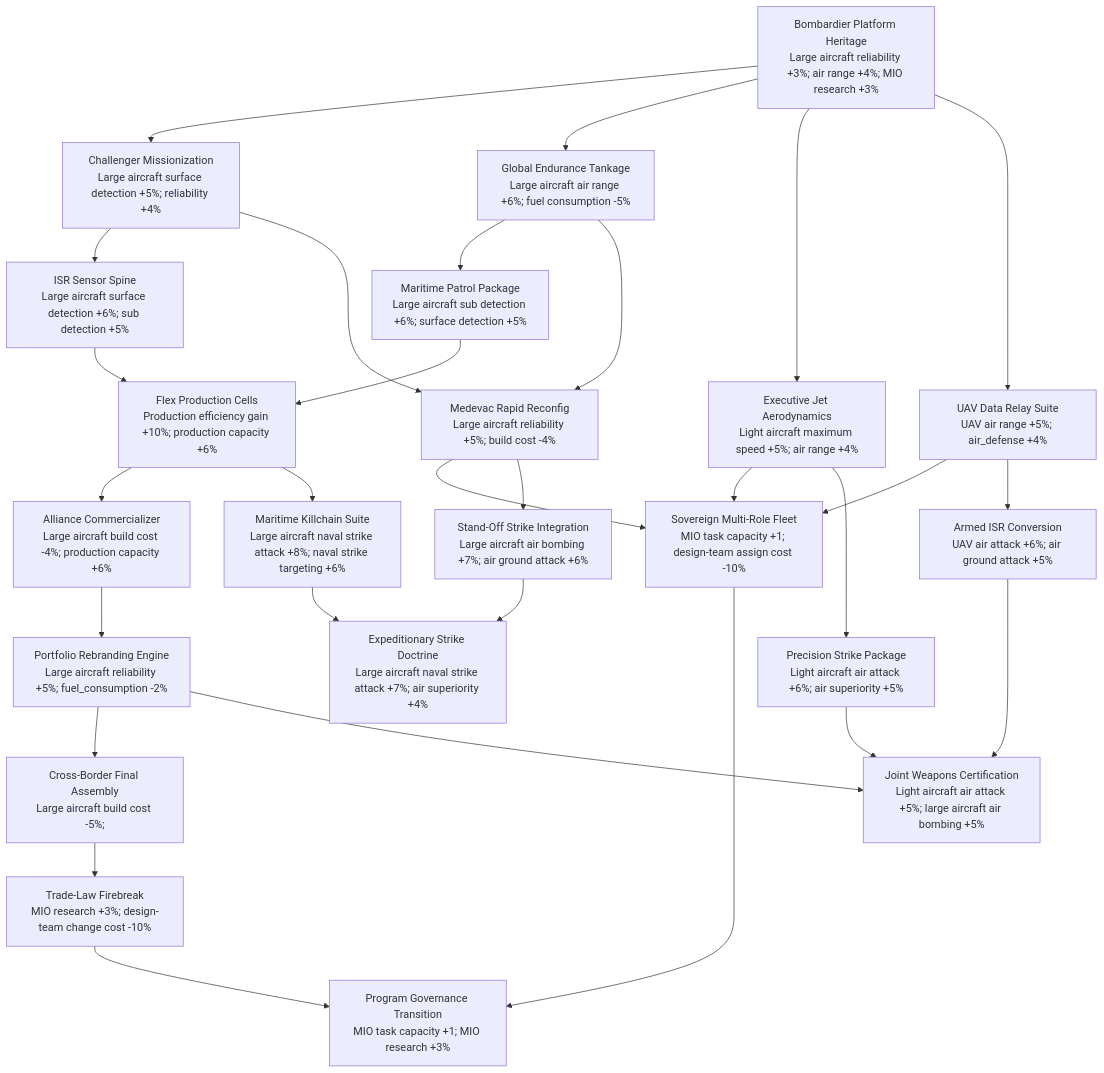
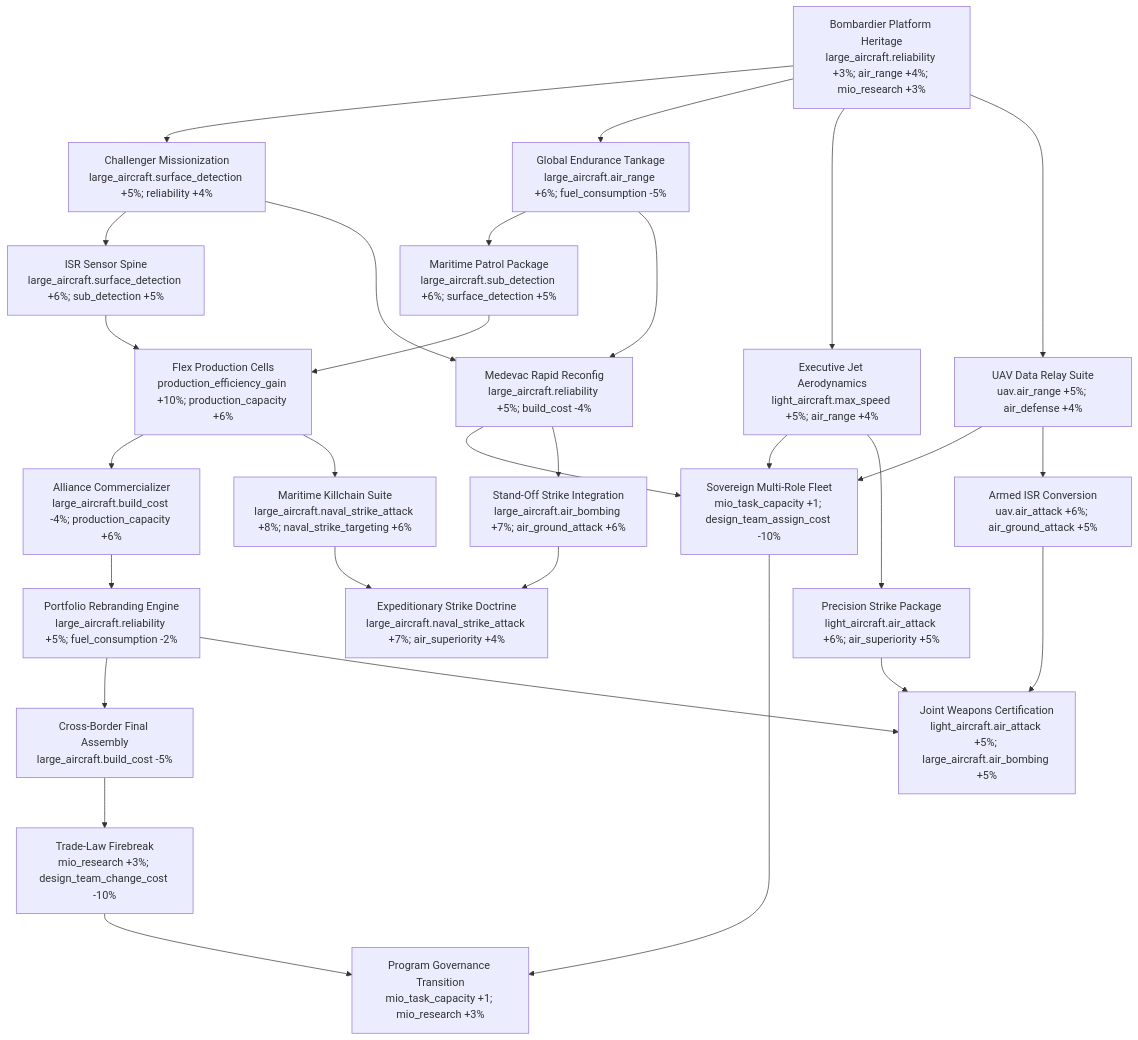
One commit to MillenniumDawn/Millennium-Dawn changed the second of 9 diagrams in docs/countries/canada/mio.md. Above: the diagram before and after it, drawn with Mermaid. The commit also changed other lines of this file, not shown here.

Commit message:
MIO cleanup

````diff
--- a/docs/countries/canada/mio.md
+++ b/docs/countries/canada/mio.md
@@ -81,53 +80,53 @@
 ```mermaid
 flowchart TD
-    B0["Bombardier Platform Heritage<br/>Large aircraft reliability +3%; air range +4%; MIO research +3%"]
-    B1["Challenger Missionization<br/>Large aircraft surface detection +5%; reliability +4%"]
-    B2["Global Endurance Tankage<br/>Large aircraft air range +6%; fuel consumption -5%"]
-    B3["ISR Sensor Spine<br/>Large aircraft surface detection +6%; sub detection +5%"]
-    B4["Maritime Patrol Package<br/>Large aircraft sub detection +6%; surface detection +5%"]
-    B5["Medevac Rapid Reconfig<br/>Large aircraft reliability +5%; build cost -4%"]
-    B6["Flex Production Cells<br/>Production efficiency gain +10%; production capacity +6%"]
-    B7["Executive Jet Aerodynamics<br/>Light aircraft maximum speed +5%; air range +4%"]
-    B8["UAV Data Relay Suite<br/>UAV air range +5%; air_defense +4%"]
-    B9["Sovereign Multi-Role Fleet<br/>MIO task capacity +1; design-team assign cost -10%"]
-    B10["Alliance Commercializer<br/>Large aircraft build cost -4%; production capacity +6%"]
-    B11["Portfolio Rebranding Engine<br/>Large aircraft reliability +5%; fuel_consumption -2%"]
-    B12["Cross-Border Final Assembly<br/>Large aircraft build cost -5%;"]
-    B13["Trade-Law Firebreak<br/>MIO research +3%; design-team change cost -10%"]
-    B14["Program Governance Transition<br/>MIO task capacity +1; MIO research +3%"]
-    B15["Precision Strike Package<br/>Light aircraft air attack +6%; air superiority +5%"]
-    B16["Maritime Killchain Suite<br/>Large aircraft naval strike attack +8%; naval strike targeting +6%"]
-    B17["Stand-Off Strike Integration<br/>Large aircraft air bombing +7%; air ground attack +6%"]
-    B18["Armed ISR Conversion<br/>UAV air attack +6%; air ground attack +5%"]
-    B19["Joint Weapons Certification<br/>Light aircraft air attack +5%; large aircraft air bombing +5%"]
-    B20["Expeditionary Strike Doctrine<br/>Large aircraft naval strike attack +7%; air superiority +4%"]
+    B0["Bombardier Platform Heritage<br/>large_aircraft.reliability +3%; air_range +4%; mio_research +3%"]
+    B1["Challenger Missionization<br/>large_aircraft.surface_detection +5%; reliability +4%"]
+    B2["Global Endurance Tankage<br/>large_aircraft.air_range +6%; fuel_consumption -5%"]
+    B3["ISR Sensor Spine<br/>large_aircraft.surface_detection +6%; sub_detection +5%"]
+    B4["Maritime Patrol Package<br/>large_aircraft.sub_detection +6%; surface_detection +5%"]
+    B5["Medevac Rapid Reconfig<br/>large_aircraft.reliability +5%; build_cost -4%"]
+    B6["Flex Production Cells<br/>production_efficiency_gain +10%; production_capacity +6%"]
+    B7["Executive Jet Aerodynamics<br/>light_aircraft.max_speed +5%; air_range +4%"]
+    B8["UAV Data Relay Suite<br/>uav.air_range +5%; air_defense +4%"]
+    B9["Sovereign Multi-Role Fleet<br/>mio_task_capacity +1; design_team_assign_cost -10%"]
+    B10["Alliance Commercializer<br/>large_aircraft.build_cost -4%; production_capacity +6%"]
+    B11["Portfolio Rebranding Engine<br/>large_aircraft.reliability +5%; fuel_consumption -2%"]
+    B12["Cross-Border Final Assembly<br/>large_aircraft.build_cost -5%"]
+    B13["Trade-Law Firebreak<br/>mio_research +3%; design_team_change_cost -10%"]
+    B14["Program Governance Transition<br/>mio_task_capacity +1; mio_research +3%"]
+    B15["Precision Strike Package<br/>light_aircraft.air_attack +6%; air_superiority +5%"]
+    B16["Maritime Killchain Suite<br/>large_aircraft.naval_strike_attack +8%; naval_strike_targeting +6%"]
+    B17["Stand-Off Strike Integration<br/>large_aircraft.air_bombing +7%; air_ground_attack +6%"]
+    B18["Armed ISR Conversion<br/>uav.air_attack +6%; air_ground_attack +5%"]
+    B19["Joint Weapons Certification<br/>light_aircraft.air_attack +5%; large_aircraft.air_bombing +5%"]
+    B20["Expeditionary Strike Doctrine<br/>large_aircraft.naval_strike_attack +7%; air_superiority +4%"]
 
     B0 --> B1
     B0 --> B2
     B0 --> B7
     B0 --> B8
     B1 --> B3
     B2 --> B4
     B1 --> B5
     B2 --> B5
     B3 --> B6
     B4 --> B6
     B7 --> B9
     B7 --> B15
     B8 --> B9
     B8 --> B18
     B5 --> B9
     B5 --> B17
     B6 --> B10
     B6 --> B16
     B10 --> B11
     B11 --> B12
     B11 --> B19
     B12 --> B13
     B15 --> B19
     B18 --> B19
     B16 --> B20
     B17 --> B20
     B9 --> B14
     B13 --> B14
 ```
````
